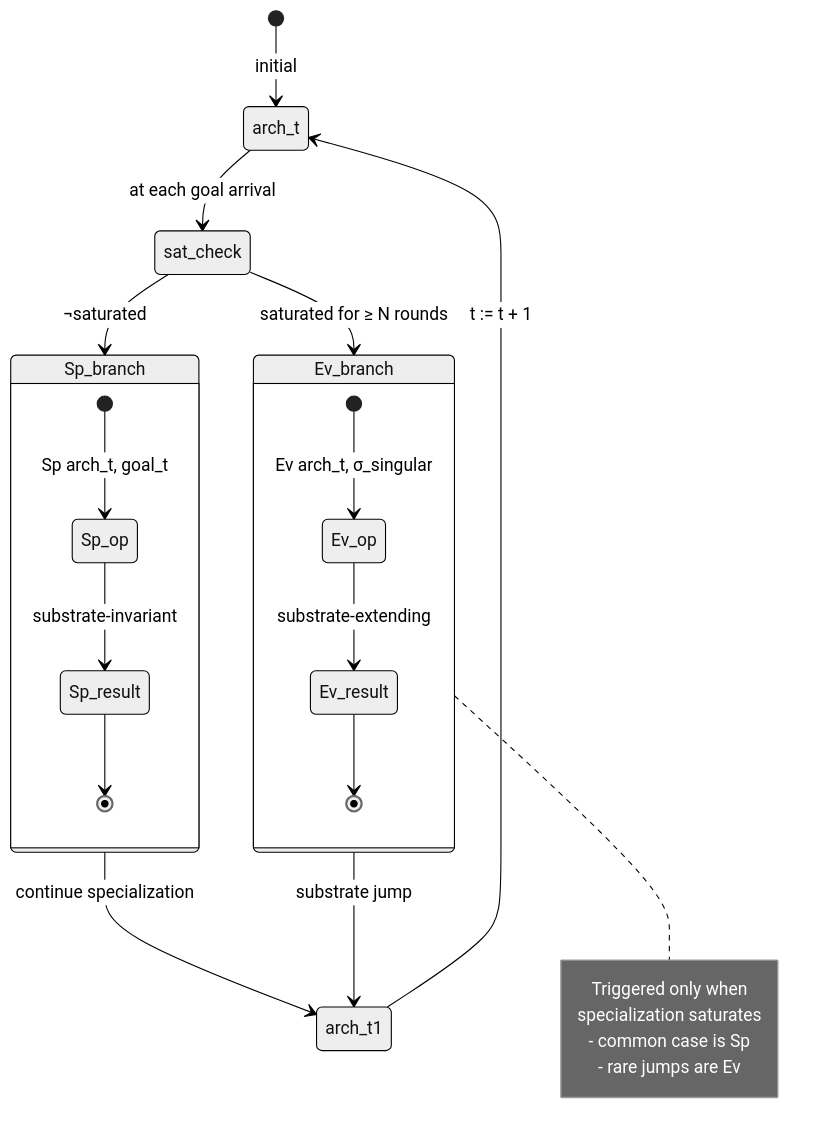
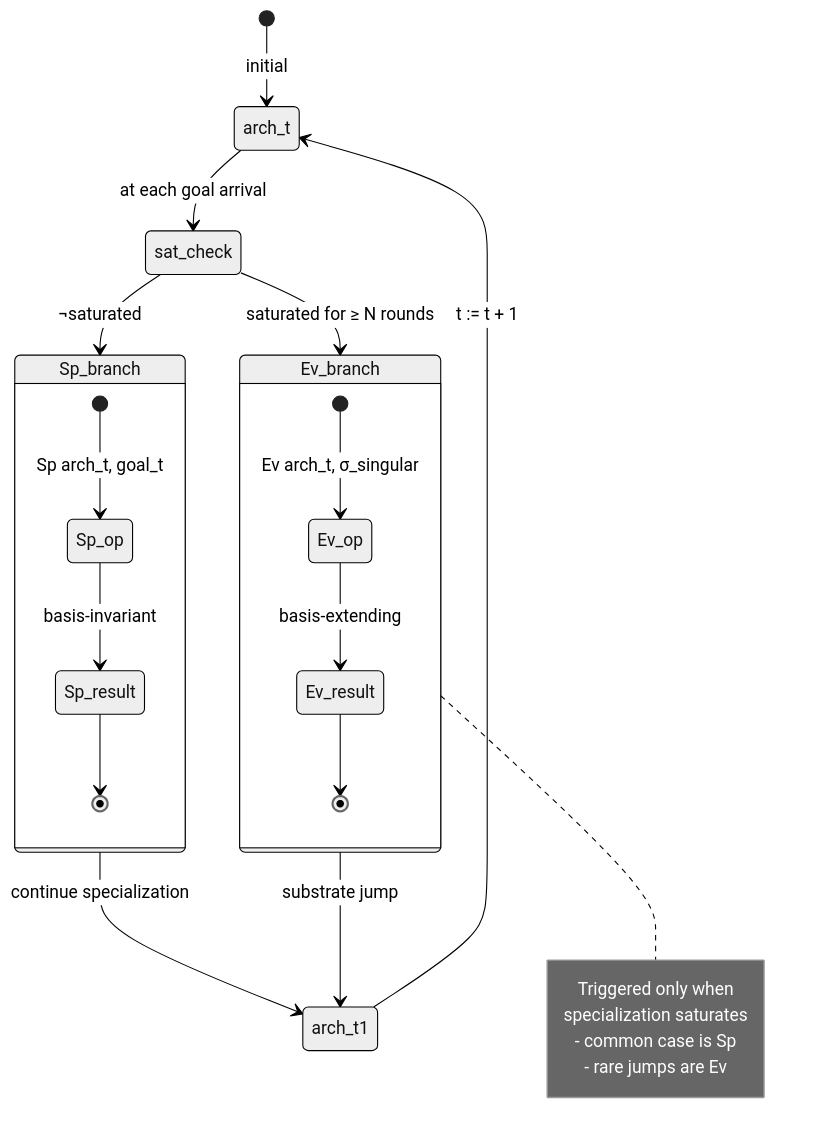
Before and after one commit to LostMaxi/nac-architecture-calculus: the fourth of 9 diagrams in visuals.md, drawn with Mermaid (neutral theme). The commit also changed other lines of this file and 2 other files, not shown here.

````diff
--- a/visuals.md
+++ b/visuals.md
@@ -115,30 +104,30 @@
 ```mermaid
 stateDiagram-v2
     [*] --> arch_t : initial
     arch_t --> sat_check : at each goal arrival
     sat_check --> Sp_branch : ¬saturated
     sat_check --> Ev_branch : saturated for ≥ N rounds
 
     state Sp_branch {
         [*] --> Sp_op : Sp arch_t, goal_t
-        Sp_op --> Sp_result : substrate-invariant
+        Sp_op --> Sp_result : basis-invariant
         Sp_result --> [*]
     }
     state Ev_branch {
         [*] --> Ev_op : Ev arch_t, σ_singular
-        Ev_op --> Ev_result : substrate-extending
+        Ev_op --> Ev_result : basis-extending
         Ev_result --> [*]
     }
 
     Sp_branch --> arch_t1 : continue specialization
     Ev_branch --> arch_t1 : substrate jump
 
     arch_t1 --> arch_t : t := t + 1
 
     note right of Ev_branch
         Triggered only when
         specialization saturates
         - common case is Sp
         - rare jumps are Ev
     end note
 ```
````
